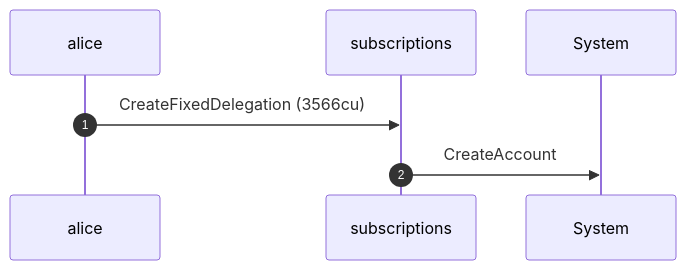
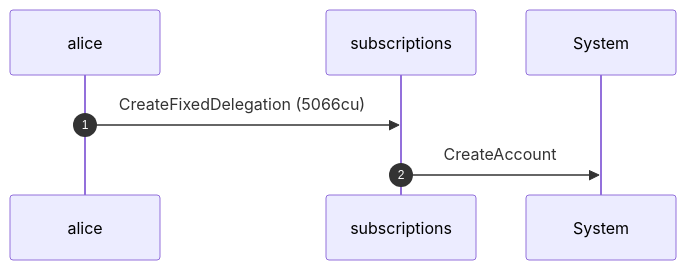
One commit to cds-rs/subscriptions changed the fifth of 12 diagrams in dsl_tests/a-sponsor-cannot-revoke-within-the-drift-window.md. Above: the diagram before and after it, drawn with Mermaid. The commit also changed other lines of this file and 224 other files, not shown here.

````diff
--- a/dsl_tests/a-sponsor-cannot-revoke-within-the-drift-window.md
+++ b/dsl_tests/a-sponsor-cannot-revoke-within-the-drift-window.md
@@ -105,9 +111,9 @@
 ```mermaid
 sequenceDiagram
     autonumber
     participant alice
     participant subscriptions
     participant System
-    alice ->> subscriptions: CreateFixedDelegation (3566cu)
+    alice ->> subscriptions: CreateFixedDelegation (5066cu)
     subscriptions ->> System: CreateAccount
 ```
````
